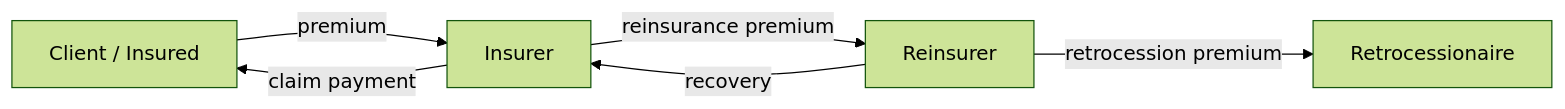
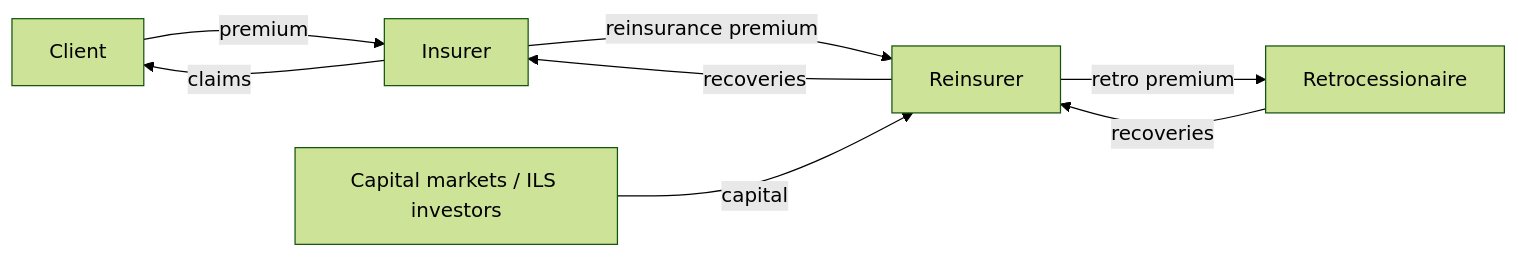
One commit to gazal-gupta/Insurance-Domain changed the third of 3 diagrams in london-market-lloyds-guide/01-Beginner-Foundations.md. Above: the diagram before and after it, drawn with Mermaid (forest theme). The commit also changed other lines of this file and 3 other files, not shown here.

````diff
--- a/london-market-lloyds-guide/01-Beginner-Foundations.md
+++ b/london-market-lloyds-guide/01-Beginner-Foundations.md
@@ -63,8 +246,10 @@
 ```mermaid
 flowchart LR
-  Client[Client / Insured] -- premium --> Insurer
-  Insurer -- claim payment --> Client
+  Client[Client] -- premium --> Insurer
+  Insurer -- claims --> Client
   Insurer -- reinsurance premium --> Reinsurer
-  Reinsurer -- recovery --> Insurer
-  Reinsurer -- retrocession premium --> Retro[Retrocessionaire]
+  Reinsurer -- recoveries --> Insurer
+  Reinsurer -- retro premium --> Retro[Retrocessionaire]
+  Retro -- recoveries --> Reinsurer
+  Investors[Capital markets / ILS investors] -- capital --> Reinsurer
 ```
````
